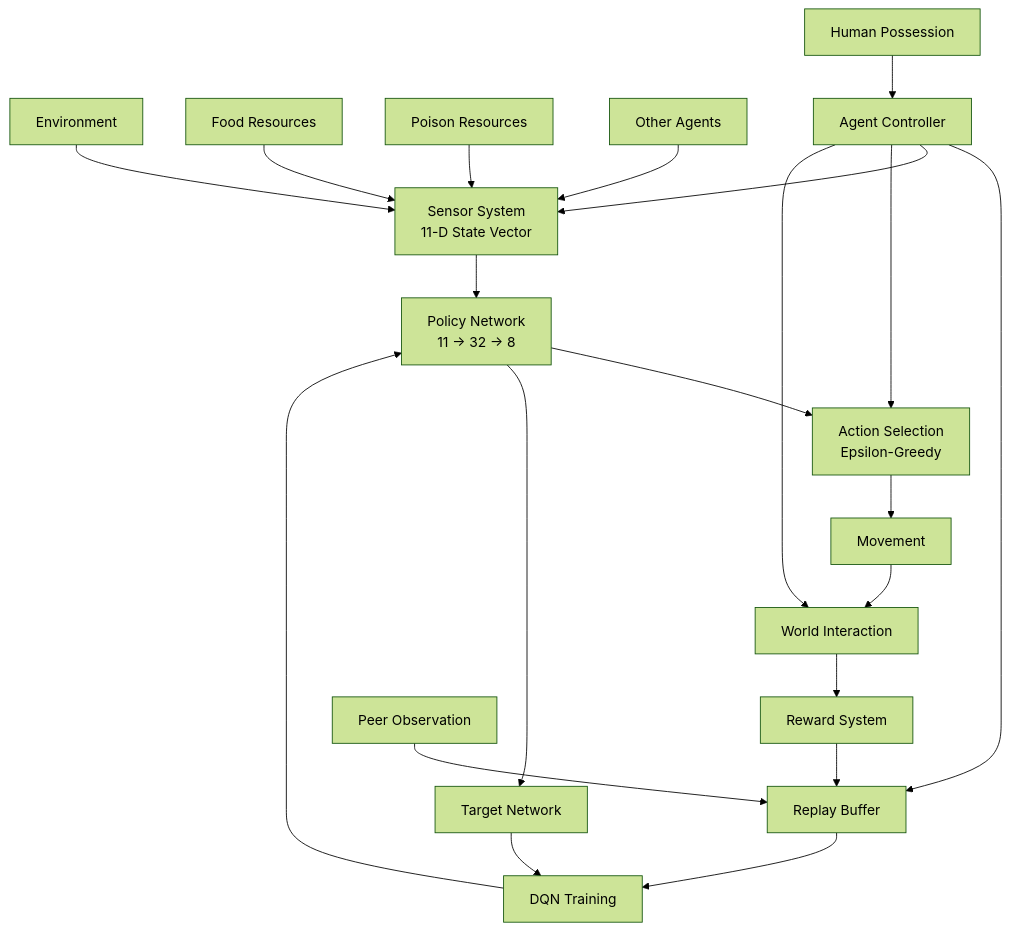
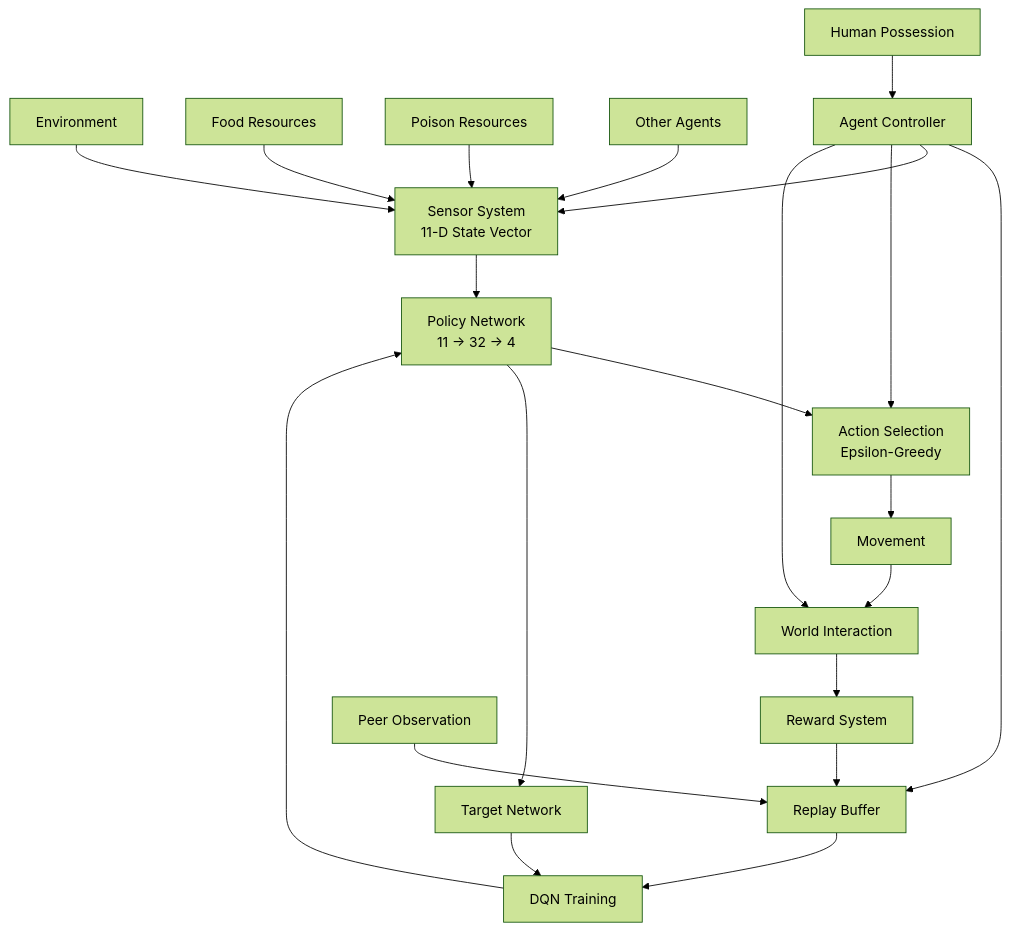
One commit to bryanspms/LifeForm changed the first of 3 diagrams in README.md. Above: the diagram before and after it, drawn with Mermaid (forest theme). The commit also changed other lines of this file and 6 other files, not shown here.

````diff
--- a/README.md
+++ b/README.md
@@ -128,58 +132,58 @@
 ```mermaid
 flowchart TD
 
     ENV[Environment]
     FOOD[Food Resources]
     POISON[Poison Resources]
     AGENTS[Other Agents]
 
     ENV --> SENSOR
     FOOD --> SENSOR
     POISON --> SENSOR
     AGENTS --> SENSOR
 
     SENSOR[Sensor System<br/>11-D State Vector]
 
     SENSOR --> POLICY
 
-    POLICY[Policy Network<br/>11 → 32 → 8]
+    POLICY[Policy Network<br/>11 → 32 → 4]
 
     POLICY --> ACTION
 
     ACTION[Action Selection<br/>Epsilon-Greedy]
 
     ACTION --> MOVE[Movement]
 
     MOVE --> WORLD[World Interaction]
 
     WORLD --> REWARD[Reward System]
 
     REWARD --> MEMORY
 
     MEMORY[Replay Buffer]
 
     MEMORY --> TRAIN
 
     TRAIN[DQN Training]
 
     TRAIN --> POLICY
 
     POLICY --> TARGET[Target Network]
 
     TARGET --> TRAIN
 
     PLAYER[Human Possession]
 
     PLAYER --> AGENTCTRL
     AGENTCTRL --> MEMORY
 
     PEER[Peer Observation]
 
     PEER --> MEMORY
 
     AGENTCTRL[Agent Controller]
 
     AGENTCTRL --> SENSOR
     AGENTCTRL --> ACTION
     AGENTCTRL --> WORLD
 ```
````
